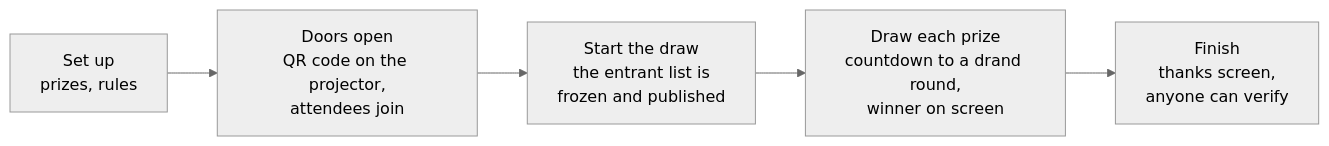
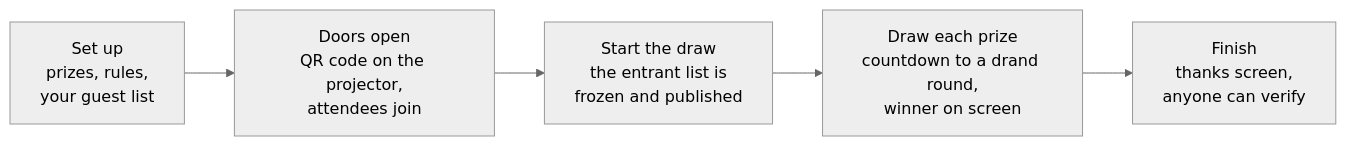
Before and after one commit to sagikazarmark/rafi.orig: the first of 2 diagrams in README.md, drawn with Mermaid (neutral theme). The commit also changed other lines of this file and 24 other files, not shown here.

````diff
--- a/README.md
+++ b/README.md
@@ -26,7 +27,7 @@
 ```mermaid
 flowchart LR
-    A["Set up<br/>prizes, rules"] --> B["Doors open<br/>QR code on the projector,<br/>attendees join"]
+    A["Set up<br/>prizes, rules,<br/>your guest list"] --> B["Doors open<br/>QR code on the projector,<br/>attendees join"]
     B --> C["Start the draw<br/>the entrant list is<br/>frozen and published"]
     C --> D["Draw each prize<br/>countdown to a drand round,<br/>winner on screen"]
     D --> E["Finish<br/>thanks screen,<br/>anyone can verify"]
 ```
````
